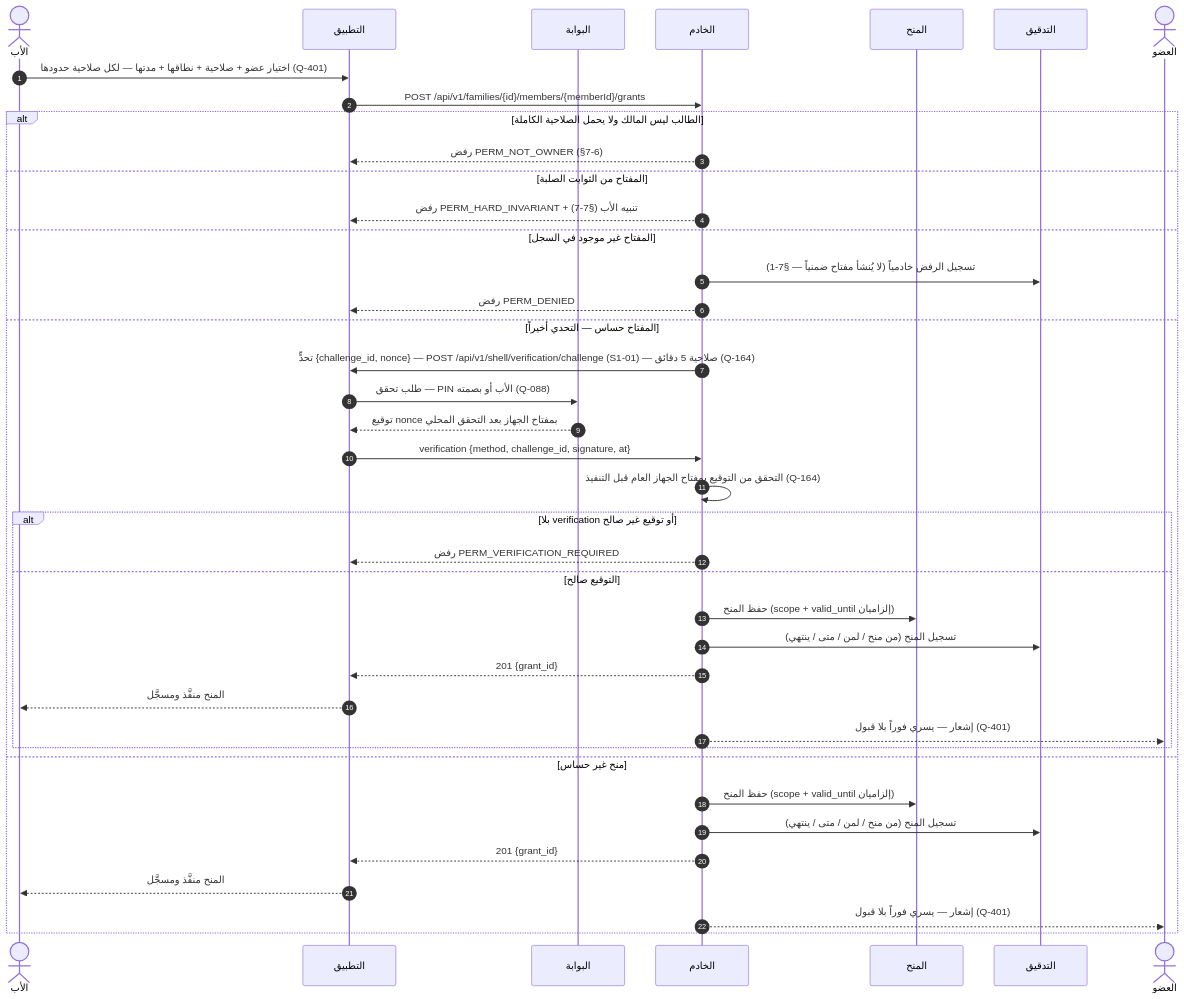
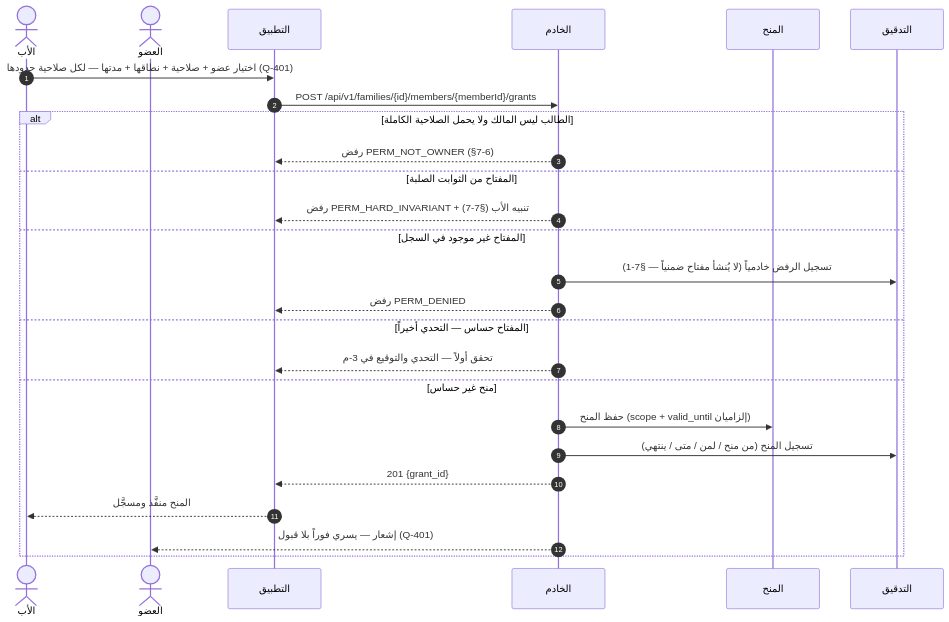
Before and after one commit to Bassam-mohammed-alqaeadi/family-os-v2: the fifth of 33 diagrams in docs/family-os/governance/phases/phase-1/S1-03-family-roles-and-permissions/DIAGRAMS.md, drawn with Mermaid. The commit also changed other lines of this file, not shown here.

````diff
--- a/docs/family-os/governance/phases/phase-1/S1-03-family-roles-and-permissions/DIAGRAMS.md
+++ b/docs/family-os/governance/phases/phase-1/S1-03-family-roles-and-permissions/DIAGRAMS.md
@@ -281,42 +306,28 @@
 ```mermaid
 sequenceDiagram
     autonumber
     actor Father as الأب
+    actor Member as العضو
     participant App as التطبيق
-    participant S101 as البوابة
     participant Ktor as الخادم
     participant Grants as المنح
     participant Audit as التدقيق
-    actor Member as العضو
     Father->>App: اختيار عضو + صلاحية + نطاقها + مدتها — لكل صلاحية حدودها (Q-401)
     App->>Ktor: POST /api/v1/families/{id}/members/{memberId}/grants
     alt الطالب ليس المالك ولا يحمل الصلاحية الكاملة
         Ktor-->>App: رفض PERM_NOT_OWNER (§7-6)
     else المفتاح من الثوابت الصلبة
         Ktor-->>App: رفض PERM_HARD_INVARIANT + تنبيه الأب (§7-7)
     else المفتاح غير موجود في السجل
         Ktor->>Audit: تسجيل الرفض خادمياً (لا يُنشأ مفتاح ضمنياً — §7-1)
         Ktor-->>App: رفض PERM_DENIED
     else المفتاح حساس — التحدي أخيراً
-        Ktor->>App: تحدٍّ {challenge_id, nonce} — POST /api/v1/shell/verification/challenge (S1-01) — صلاحية 5 دقائق (Q-164)
-        App->>S101: طلب تحقق — PIN الأب أو بصمته (Q-088)
-        S101-->>App: توقيع nonce بمفتاح الجهاز بعد التحقق المحلي
-        App->>Ktor: verification {method, challenge_id, signature, at}
-        Ktor->>Ktor: التحقق من التوقيع بمفتاح الجهاز العام قبل التنفيذ (Q-164)
-        alt بلا verification أو توقيع غير صالح
-            Ktor-->>App: رفض PERM_VERIFICATION_REQUIRED
-        else التوقيع صالح
-            Ktor->>Grants: حفظ المنح (scope + valid_until إلزاميان)
-            Ktor->>Audit: تسجيل المنح (من منح / لمن / متى / ينتهي)
-            Ktor-->>App: 201 {grant_id}
-            App-->>Father: المنح منفَّذ ومسجَّل
-            Ktor-->>Member: إشعار — يسري فوراً بلا قبول (Q-401)
-        end
+        Ktor-->>App: تحقق أولاً — التحدي والتوقيع في 3-م
     else منح غير حساس
         Ktor->>Grants: حفظ المنح (scope + valid_until إلزاميان)
         Ktor->>Audit: تسجيل المنح (من منح / لمن / متى / ينتهي)
         Ktor-->>App: 201 {grant_id}
         App-->>Father: المنح منفَّذ ومسجَّل
         Ktor-->>Member: إشعار — يسري فوراً بلا قبول (Q-401)
     end
 ```
````
